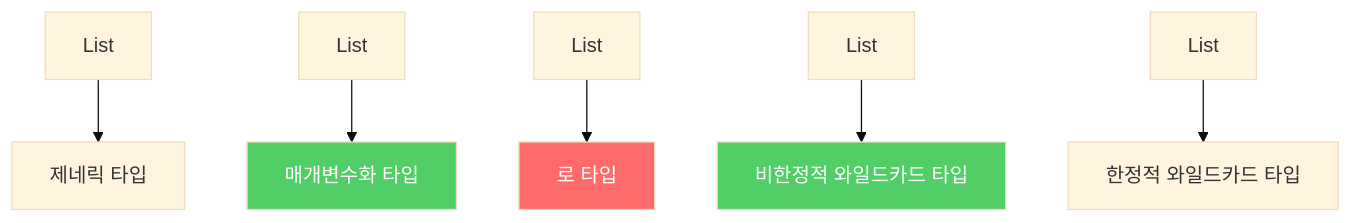
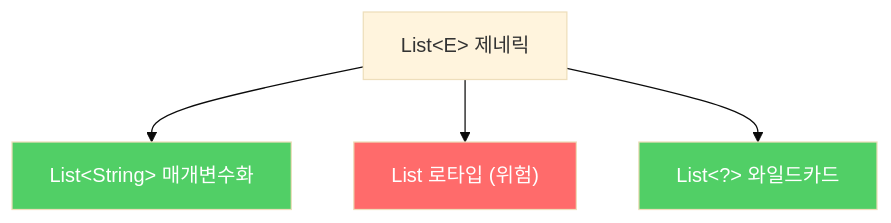
Before and after one commit to yjkim2015/yjkim2015.github.io: the third of 3 diagrams in _posts/java/2022-01-05-effective-java26.md, drawn with Mermaid (base theme). The commit also changed 155 other files, not shown here.

First line of the commit message:
Mermaid 전면 수정: subgraph 제거, participant/노드/줄수 축소 (342블록)

````diff
--- a/_posts/java/2022-01-05-effective-java26.md
+++ b/_posts/java/2022-01-05-effective-java26.md
@@ -191,11 +191,9 @@
 ```mermaid
 graph TD
-    A["List<E>"] --> B["제네릭 타입"]
-    C["List<String>"] --> D["매개변수화 타입"]
-    E["List"] --> F["로 타입"]
-    G["List<?>"] --> H["비한정적 와일드카드 타입"]
-    I["List<? extends Num"] --> J["한정적 와일드카드 타입"]
-    style F fill:#ff6b6b,color:#fff
+    A["List&lt;E&gt; 제네릭"] --> B["List&lt;String&gt; 매개변수화"]
+    A --> C["List 로타입 (위험)"]
+    A --> D["List&lt;?&gt; 와일드카드"]
+    style C fill:#ff6b6b,color:#fff
+    style B fill:#51cf66,color:#fff
     style D fill:#51cf66,color:#fff
-    style H fill:#51cf66,color:#fff
 ```
````
